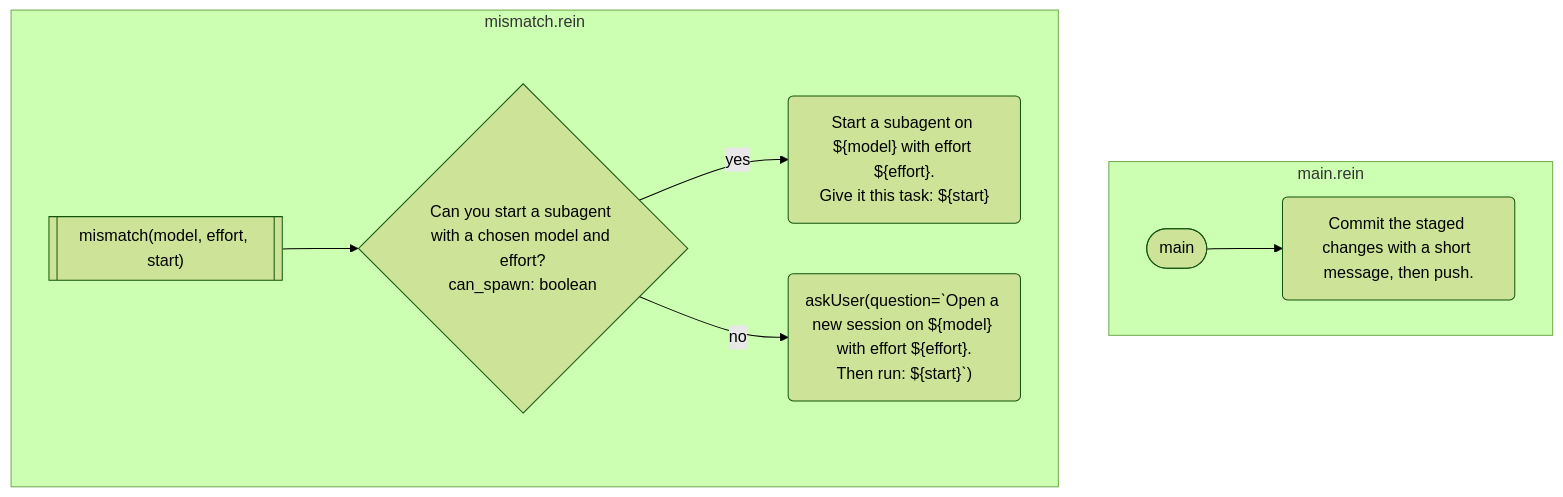
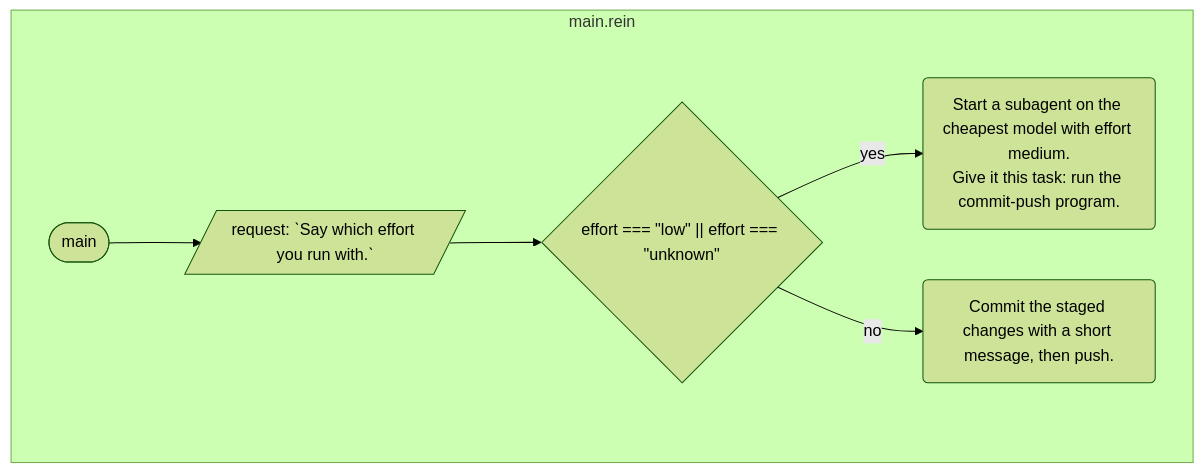
One commit to rein-lang/rein changed the diagram in website/docs/examples/commit-push.md. Above: the diagram before and after it, drawn with Mermaid (forest theme). The commit also changed other lines of this file and 12 other files, not shown here.

````diff
--- a/website/docs/examples/commit-push.md
+++ b/website/docs/examples/commit-push.md
@@ -11,17 +11,14 @@
 ```mermaid
 flowchart TD
     subgraph s0 ["main.rein"]
         f0(["main"])
-        f0_0("Commit the staged changes with a short message, then push.")
-    end
-    subgraph s1 ["mismatch.rein"]
-        f1[["mismatch(model, effort, start)"]]
-        f1_0{"Can you start a subagent with a chosen model and effort?<br/>can_spawn: boolean"}
-        f1_1("Start a subagent on ${model} with effort ${effort}.<br/>Give it this task: ${start}")
-        f1_2("askUser(question=ˋOpen a new session on ${model} with effort ${effort}.<br/>Then run: ${start}ˋ)")
+        f0_0[/"request: ˋSay which effort you run with.ˋ"/]
+        f0_1{"effort === #quot;low#quot; || effort === #quot;unknown#quot;"}
+        f0_2("Start a subagent on the cheapest model with effort medium.<br/>Give it this task: run the commit-push program.")
+        f0_3("Commit the staged changes with a short message, then push.")
     end
     f0 --> f0_0
-    f1 --> f1_0
-    f1_0 -->|"yes"| f1_1
-    f1_0 -->|"no"| f1_2
+    f0_0 --> f0_1
+    f0_1 -->|"yes"| f0_2
+    f0_1 -->|"no"| f0_3
 ```
````
